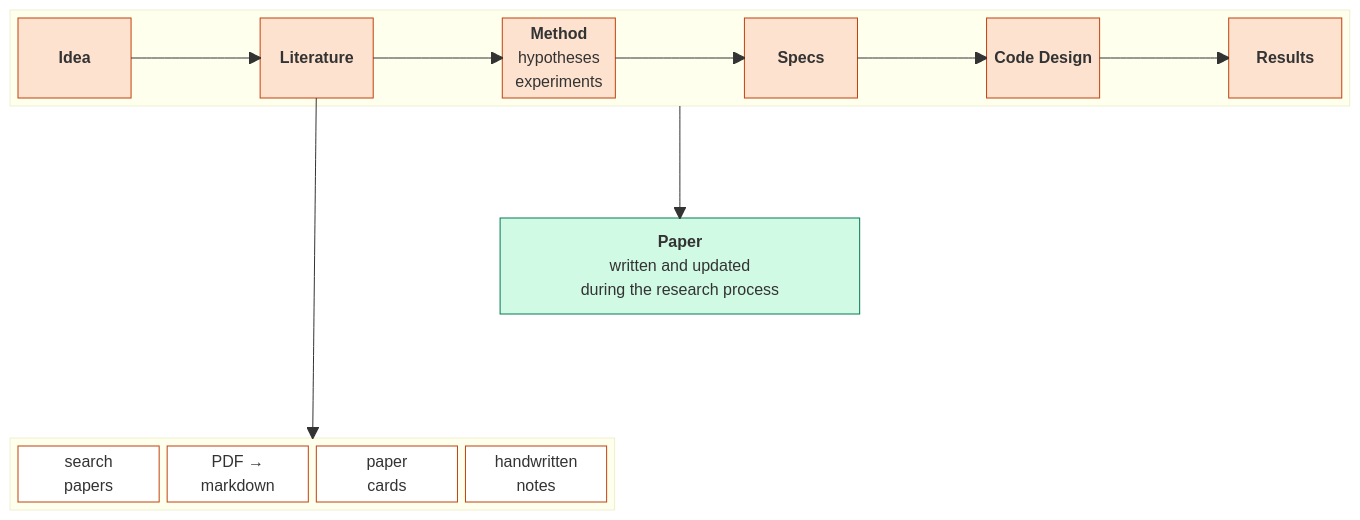
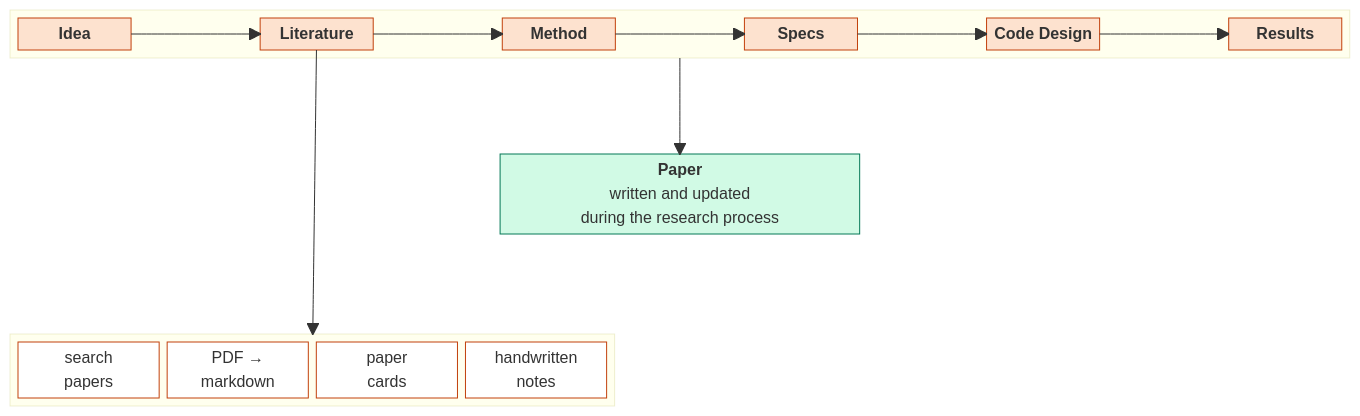
Before and after one commit to LeonardoSani/OmniFrame: the diagram in README.md, drawn with Mermaid.

Commit message:
High-level diagram: Method without subtext

````diff
--- a/README.md
+++ b/README.md
@@ -12,30 +12,30 @@
 ```mermaid
 block-beta
   columns 11
   block:ROW:11
-    I["<b>Idea</b>"] space L["<b>Literature</b>"] space M["<b>Method</b><br/>hypotheses<br/>experiments"] space S["<b>Specs</b>"] space C["<b>Code Design</b>"] space R["<b>Results</b>"]
+    I["<b>Idea</b>"] space L["<b>Literature</b>"] space M["<b>Method</b>"] space S["<b>Specs</b>"] space C["<b>Code Design</b>"] space R["<b>Results</b>"]
   end
   space:11
   space:4 P["<b>Paper</b><br/>written and updated<br/>during the research process"]:3 space:4
   space:11
   block:LD:5
     columns 4
     e1["search<br/>papers"] e2["PDF →<br/>markdown"] e3["paper<br/>cards"] e4["handwritten<br/>notes"]
   end
   space:6
 
   I --> L
   L --> M
   M --> S
   S --> C
   C --> R
   ROW --> P
   L --> LD
 
   classDef step fill:#fde2cf,stroke:#c2410c,color:#111
   classDef paper fill:#d1fae5,stroke:#047857,color:#111
   classDef zoom fill:#fff,stroke:#c2410c,color:#111
   class I,L,M,S,C,R step
   class P paper
   class e1,e2,e3,e4 zoom
 ```
````
